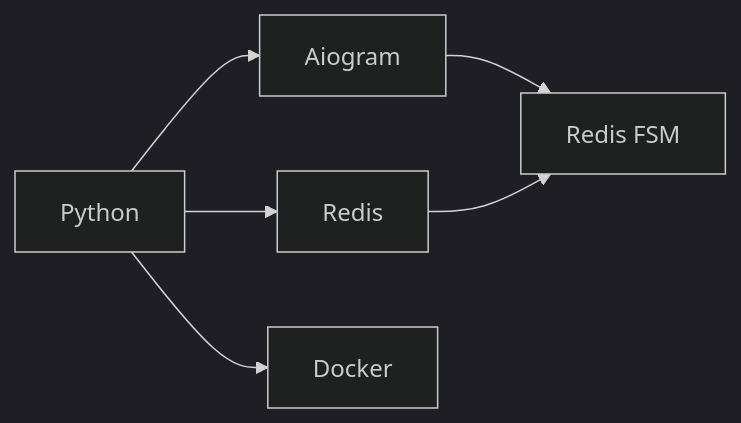
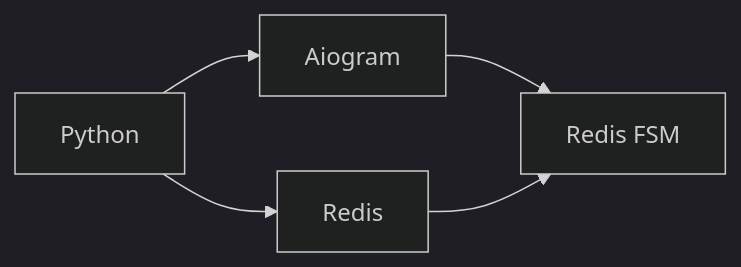
Before and after one commit to nihosprop/nihosprop: the diagram in diagram.mmd, drawn with Mermaid (dark theme). The commit also changed other lines of this file, not shown here.

Commit message:
refactor

```diff
--- a/diagram.mmd
+++ b/diagram.mmd
@@ -1,6 +1,5 @@
 graph LR
     A[Python] --> B[Aiogram]
     B --> BA[Redis FSM]
     C --> BA[Redis FSM]
     A --> C[Redis]
-    A --> D[Docker]
```
